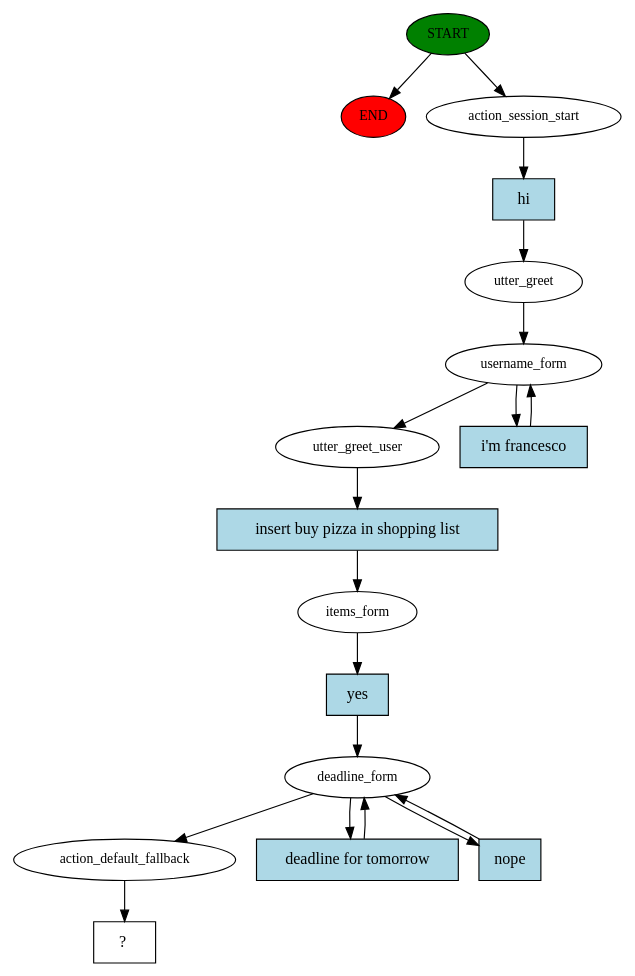
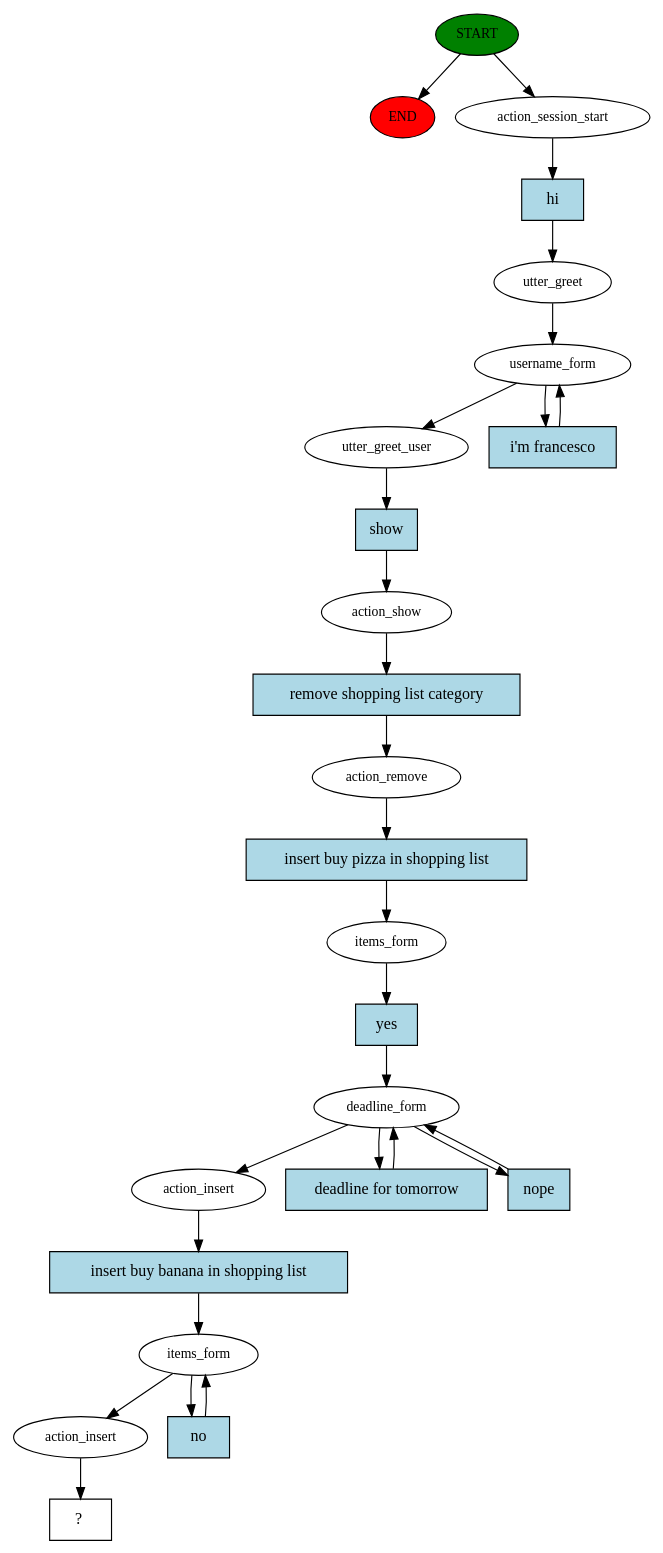
One commit to S0nFra/cogrob-todolist changed the diagram in src/rasa_node/chatbot/story_graph.dot. Above: the diagram before and after it, drawn with Graphviz. The commit also changed 14 other files, not shown here.

```diff
--- a/src/rasa_node/chatbot/story_graph.dot
+++ b/src/rasa_node/chatbot/story_graph.dot
@@ -1,36 +1,53 @@
 digraph  {
 0 [class="start active", fillcolor=green, fontsize=12, label=START, style=filled];
 "-1" [class=end, fillcolor=red, fontsize=12, label=END, style=filled];
 1 [class=active, fontsize=12, label=action_session_start];
 2 [class=active, fontsize=12, label=utter_greet];
 3 [class=active, fontsize=12, label=username_form];
 5 [class=active, fontsize=12, label=utter_greet_user];
-6 [class=active, fontsize=12, label=items_form];
-7 [class=active, fontsize=12, label=deadline_form];
-10 [class=active, fontsize=12, label=action_default_fallback];
-11 [class="intent dashed active", label="  ?  ", shape=rect];
-12 [class="intent active", fillcolor=lightblue, label=hi, shape=rect, style=filled];
-13 [class="intent active", fillcolor=lightblue, label="i'm francesco", shape=rect, style=filled];
-14 [class="intent active", fillcolor=lightblue, label="insert buy pizza in shopping list", shape=rect, style=filled];
-15 [class="intent active", fillcolor=lightblue, label=yes, shape=rect, style=filled];
-16 [class="intent active", fillcolor=lightblue, label="deadline for tomorrow", shape=rect, style=filled];
-17 [class="intent active", fillcolor=lightblue, label=nope, shape=rect, style=filled];
+6 [class=active, fontsize=12, label=action_show];
+7 [class=active, fontsize=12, label=action_remove];
+8 [class=active, fontsize=12, label=items_form];
+9 [class=active, fontsize=12, label=deadline_form];
+12 [class=active, fontsize=12, label=action_insert];
+13 [class=active, fontsize=12, label=items_form];
+15 [class=active, fontsize=12, label=action_insert];
+16 [class="intent dashed active", label="  ?  ", shape=rect];
+17 [class="intent active", fillcolor=lightblue, label=hi, shape=rect, style=filled];
+18 [class="intent active", fillcolor=lightblue, label="i'm francesco", shape=rect, style=filled];
+19 [class="intent active", fillcolor=lightblue, label=show, shape=rect, style=filled];
+20 [class="intent active", fillcolor=lightblue, label="remove shopping list category", shape=rect, style=filled];
+21 [class="intent active", fillcolor=lightblue, label="insert buy pizza in shopping list", shape=rect, style=filled];
+22 [class="intent active", fillcolor=lightblue, label=yes, shape=rect, style=filled];
+23 [class="intent active", fillcolor=lightblue, label="deadline for tomorrow", shape=rect, style=filled];
+24 [class="intent active", fillcolor=lightblue, label=nope, shape=rect, style=filled];
+25 [class="intent active", fillcolor=lightblue, label="insert buy banana in shopping list", shape=rect, style=filled];
+26 [class="intent active", fillcolor=lightblue, label=no, shape=rect, style=filled];
 0 -> "-1"  [class="", key=NONE, label=""];
 0 -> 1  [class=active, key=NONE, label=""];
-1 -> 12  [class=active, key=0];
+1 -> 17  [class=active, key=0];
 2 -> 3  [class=active, key=NONE, label=""];
 3 -> 5  [class=active, key=NONE, label=""];
-3 -> 13  [class=active, key=0];
-5 -> 14  [class=active, key=0];
-6 -> 15  [class=active, key=0];
-7 -> 10  [class=active, key=NONE, label=""];
-7 -> 16  [class=active, key=0];
-7 -> 17  [class=active, key=0];
-10 -> 11  [class=active, key=NONE, label=""];
-12 -> 2  [class=active, key=0];
-13 -> 3  [class=active, key=0];
-14 -> 6  [class=active, key=0];
-15 -> 7  [class=active, key=0];
-16 -> 7  [class=active, key=0];
-17 -> 7  [class=active, key=0];
+3 -> 18  [class=active, key=0];
+5 -> 19  [class=active, key=0];
+6 -> 20  [class=active, key=0];
+7 -> 21  [class=active, key=0];
+8 -> 22  [class=active, key=0];
+9 -> 12  [class=active, key=NONE, label=""];
+9 -> 23  [class=active, key=0];
+9 -> 24  [class=active, key=0];
+12 -> 25  [class=active, key=0];
+13 -> 15  [class=active, key=NONE, label=""];
+13 -> 26  [class=active, key=0];
+15 -> 16  [class=active, key=NONE, label=""];
+17 -> 2  [class=active, key=0];
+18 -> 3  [class=active, key=0];
+19 -> 6  [class=active, key=0];
+20 -> 7  [class=active, key=0];
+21 -> 8  [class=active, key=0];
+22 -> 9  [class=active, key=0];
+23 -> 9  [class=active, key=0];
+24 -> 9  [class=active, key=0];
+25 -> 13  [class=active, key=0];
+26 -> 13  [class=active, key=0];
 }
```
